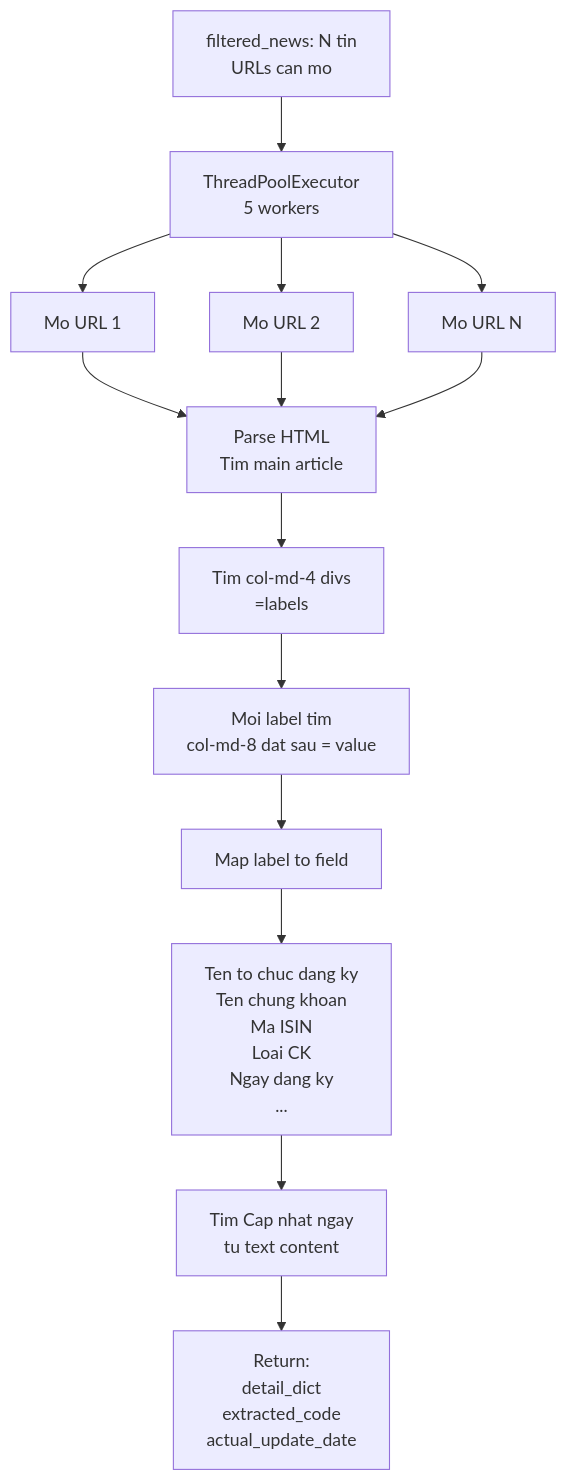
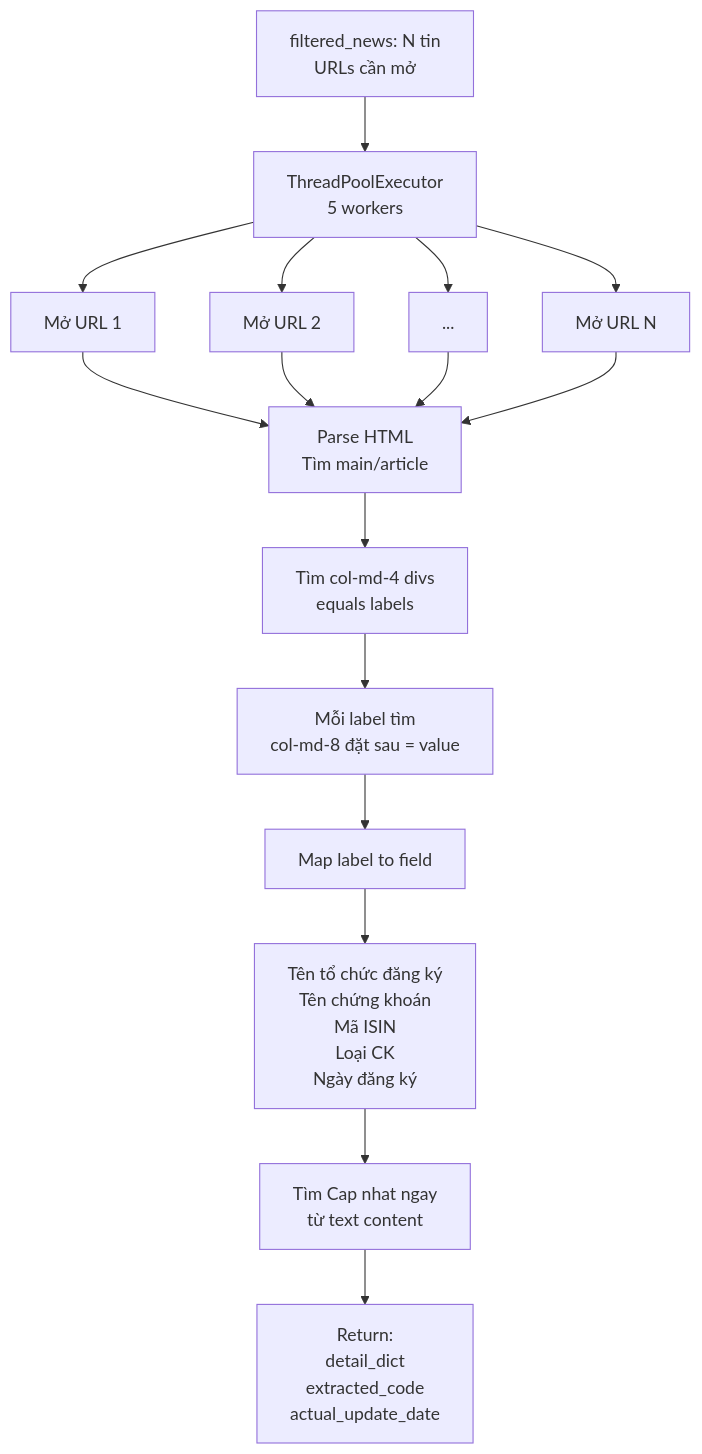
The fourth of 5 diagrams in FETCH_VSD_LOGIC.md (doanhieu1986/vps-automation-vhck), drawn with Mermaid before and after one commit. The commit also changed other lines of this file, not shown here.

````diff
--- a/FETCH_VSD_LOGIC.md
+++ b/FETCH_VSD_LOGIC.md
@@ -141,22 +141,24 @@
 ```mermaid
 flowchart TD
-    A[filtered_news: N tin<br/>URLs can mo] --> B[ThreadPoolExecutor<br/>5 workers]
-    B --> C[Mo URL 1]
-    B --> D[Mo URL 2]
-    B --> E[Mo URL N]
+    A["filtered_news: N tin<br/>URLs cần mở"] --> B["ThreadPoolExecutor<br/>5 workers"]
+    B --> C["Mở URL 1"]
+    B --> D["Mở URL 2"]
+    B --> E["..."]
+    B --> F["Mở URL N"]
     
-    C --> G[Parse HTML<br/>Tim main article]
+    C --> G["Parse HTML<br/>Tìm main/article"]
     D --> G
     E --> G
+    F --> G
     
-    G --> H[Tim col-md-4 divs<br/>=labels]
-    H --> I[Moi label tim<br/>col-md-8 dat sau = value]
+    G --> H["Tìm col-md-4 divs<br/>equals labels"]
+    H --> I["Mỗi label tìm<br/>col-md-8 đặt sau = value"]
     
-    I --> J[Map label to field]
+    I --> J["Map label to field"]
     
-    J --> K[Ten to chuc dang ky<br/>Ten chung khoan<br/>Ma ISIN<br/>Loai CK<br/>Ngay dang ky<br/>...]
+    J --> K["Tên tổ chức đăng ký<br/>Tên chứng khoán<br/>Mã ISIN<br/>Loại CK<br/>Ngày đăng ký"]
     
-    K --> L[Tim Cap nhat ngay<br/>tu text content]
+    K --> L["Tìm Cap nhat ngay<br/>từ text content"]
     
-    L --> M[Return:<br/>detail_dict<br/>extracted_code<br/>actual_update_date]
+    L --> M["Return:<br/>detail_dict<br/>extracted_code<br/>actual_update_date"]
 ```
````
